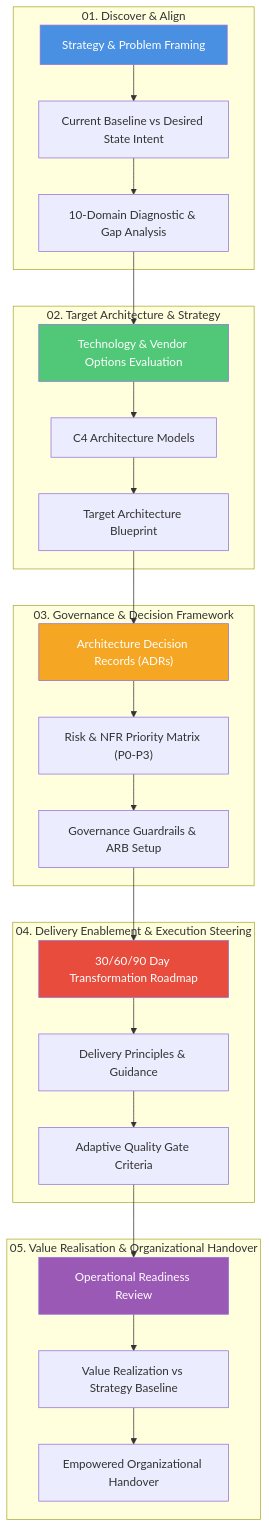
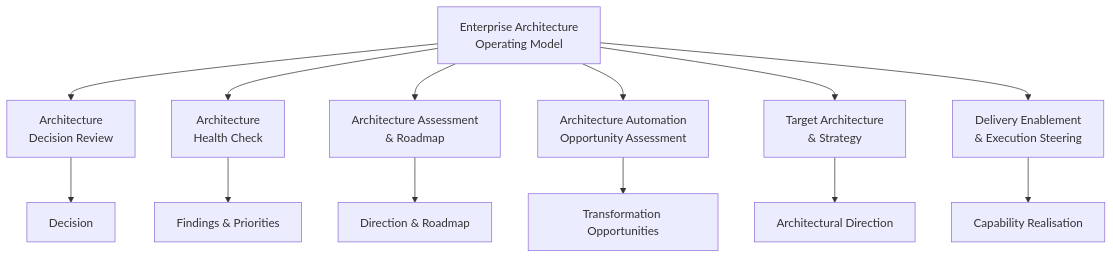
Before and after one commit to avfranco-br/portfolio: the tenth of 11 diagrams in docs/sop/index.md, drawn with Mermaid. The commit also changed other lines of this file and 11 other files, not shown here.

Commit message:
Add Architecture Decision Review methodology documentation

````diff
--- a/docs/sop/index.md
+++ b/docs/sop/index.md
@@ -25,44 +702,16 @@
 ```mermaid
-graph TD
-    subgraph "01. Discover & Align"
-        S1["Strategy & Problem Framing"]
-        S2["Current Baseline vs Desired State Intent"]
-        S3["10-Domain Diagnostic & Gap Analysis"]
-    end
-
-    subgraph "02. Target Architecture & Strategy"
-        A1["Technology & Vendor Options Evaluation"]
-        A2["C4 Architecture Models"]
-        A3["Target Architecture Blueprint"]
-    end
-
-    subgraph "03. Governance & Decision Framework"
-        G1["Architecture Decision Records (ADRs)"]
-        G2["Risk & NFR Priority Matrix (P0-P3)"]
-        G3["Governance Guardrails & ARB Setup"]
-    end
-
-    subgraph "04. Delivery Enablement & Execution Steering"
-        D1["30/60/90 Day Transformation Roadmap"]
-        D2["Delivery Principles & Guidance"]
-        D3["Adaptive Quality Gate Criteria"]
-    end
-
-    subgraph "05. Value Realisation & Organizational Handover"
-        E1["Operational Readiness Review"]
-        E2["Value Realization vs Strategy Baseline"]
-        E3["Empowered Organizational Handover"]
-    end
-
-    S1 --> S2 --> S3 --> A1
-    A1 --> A2 --> A3 --> G1
-    G1 --> G2 --> G3 --> D1
-    D1 --> D2 --> D3 --> E1
-    E1 --> E2 --> E3
-
-    style S1 fill:#4A90E2,color:#fff
-    style A1 fill:#50C878,color:#fff
-    style G1 fill:#F5A623,color:#fff
-    style D1 fill:#E74C3C,color:#fff
-    style E1 fill:#9B59B6,color:#fff
+flowchart TD
+    SOP["Enterprise Architecture<br/>Operating Model"]
+    SOP --> DR["Architecture<br/>Decision Review"]
+    SOP --> HC["Architecture<br/>Health Check"]
+    SOP --> AR["Architecture Assessment<br/>& Roadmap"]
+    SOP --> AO["Architecture Automation<br/>Opportunity Assessment"]
+    SOP --> TS["Target Architecture<br/>& Strategy"]
+    SOP --> DE["Delivery Enablement<br/>& Execution Steering"]
+    DR --> D["Decision"]
+    HC --> F["Findings & Priorities"]
+    AR --> R["Direction & Roadmap"]
+    AO --> T["Transformation Opportunities"]
+    TS --> A["Architectural Direction"]
+    DE --> C["Capability Realisation"]
 ```
````
